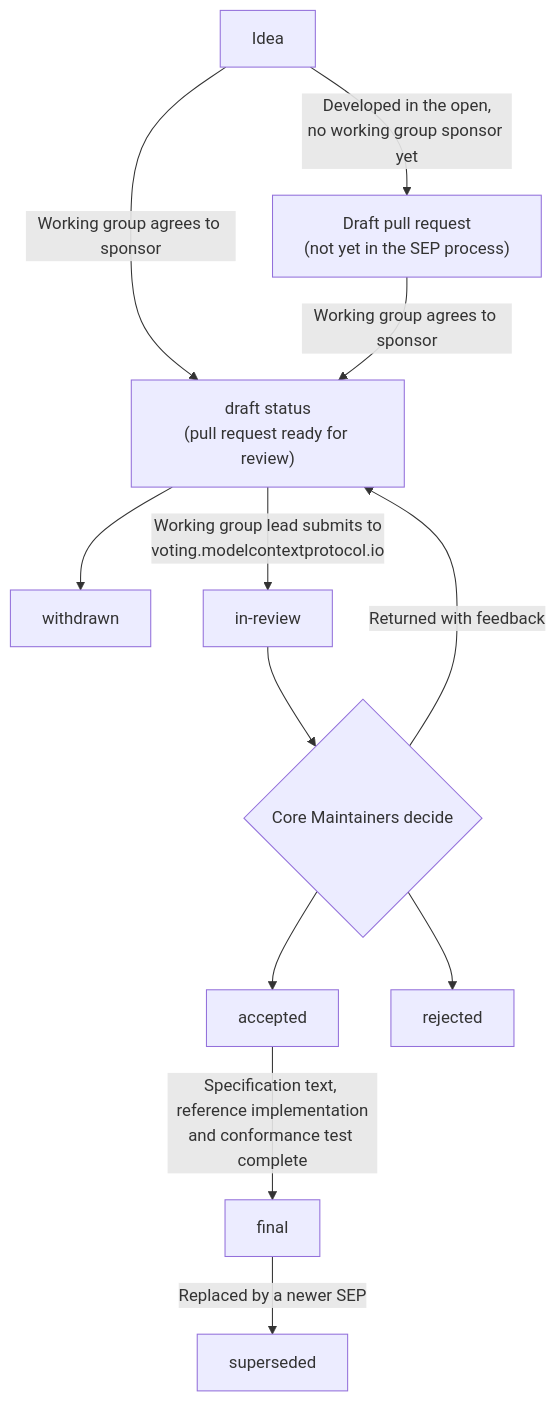
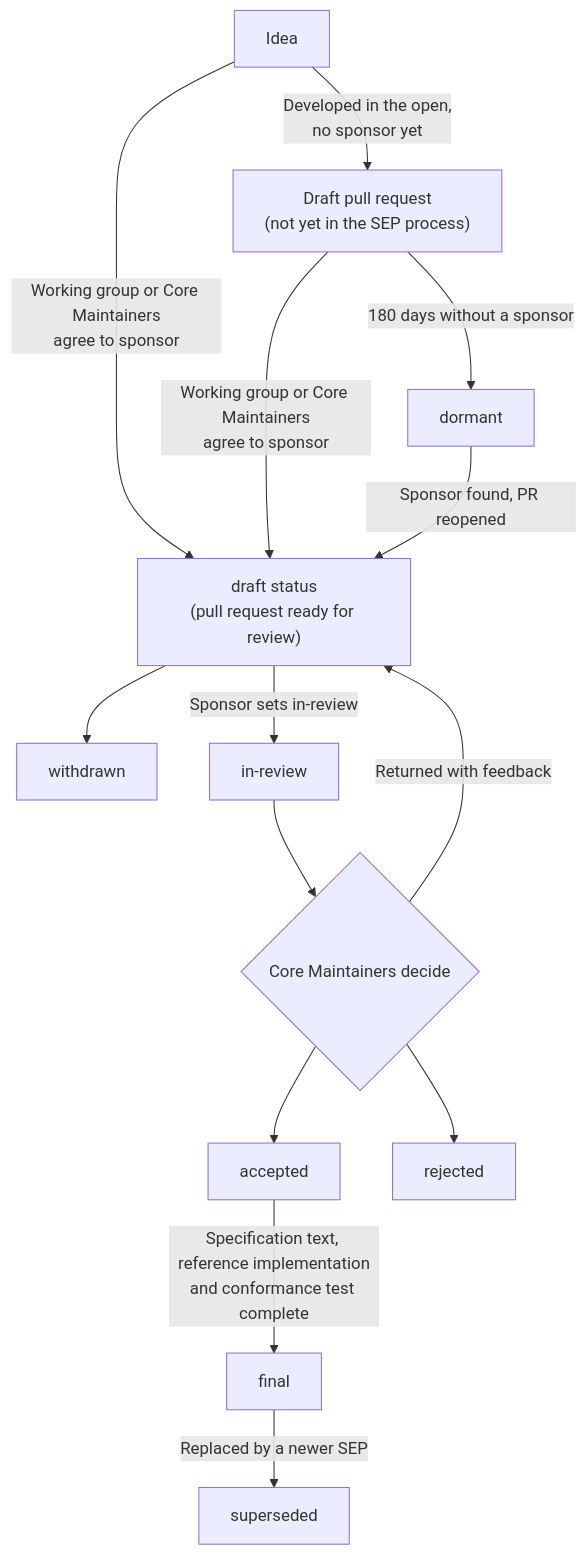
One commit to modelcontextprotocol/modelcontextprotocol changed the diagram in docs/community/sep-guidelines.mdx. Above: the diagram before and after it, drawn with Mermaid. The commit also changed other lines of this file and 7 other files, not shown here.

````diff
--- a/docs/community/sep-guidelines.mdx
+++ b/docs/community/sep-guidelines.mdx
@@ -41,25 +45,28 @@
 ```mermaid
 flowchart TD
     Idea["Idea"]
     DraftPR["Draft pull request<br/>(not yet in the SEP process)"]
     Draft["draft status<br/>(pull request ready for review)"]
+    Dormant["dormant"]
     Withdrawn["withdrawn"]
     InReview["in-review"]
     Decision{"Core Maintainers decide"}
     Accepted["accepted"]
     Rejected["rejected"]
     Final["final"]
     Superseded["superseded"]
 
-    Idea -->|"Developed in the open,<br/>no working group sponsor yet"| DraftPR
-    Idea -->|"Working group agrees to sponsor"| Draft
-    DraftPR -->|"Working group agrees to sponsor"| Draft
+    Idea -->|"Developed in the open,<br/>no sponsor yet"| DraftPR
+    Idea -->|"Working group or Core Maintainers<br/>agree to sponsor"| Draft
+    DraftPR -->|"Working group or Core Maintainers<br/>agree to sponsor"| Draft
+    DraftPR -->|"180 days without a sponsor"| Dormant
+    Dormant -->|"Sponsor found, PR reopened"| Draft
     Draft --> Withdrawn
-    Draft -->|"Working group lead submits to<br/>voting.modelcontextprotocol.io"| InReview
+    Draft -->|"Sponsor sets in-review"| InReview
     InReview --> Decision
     Decision --> Accepted
     Decision --> Rejected
     Decision -->|"Returned with feedback"| Draft
     Accepted -->|"Specification text, reference implementation<br/>and conformance test complete"| Final
     Final -->|"Replaced by a newer SEP"| Superseded
 ```
````
